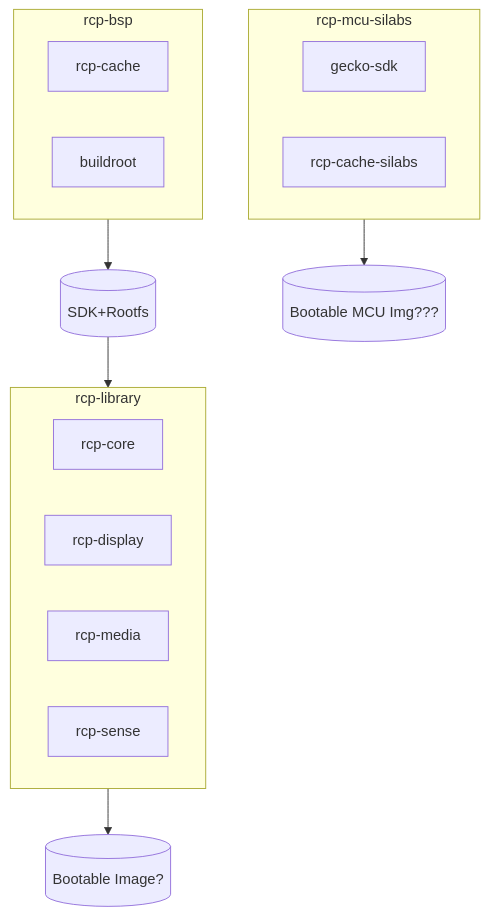
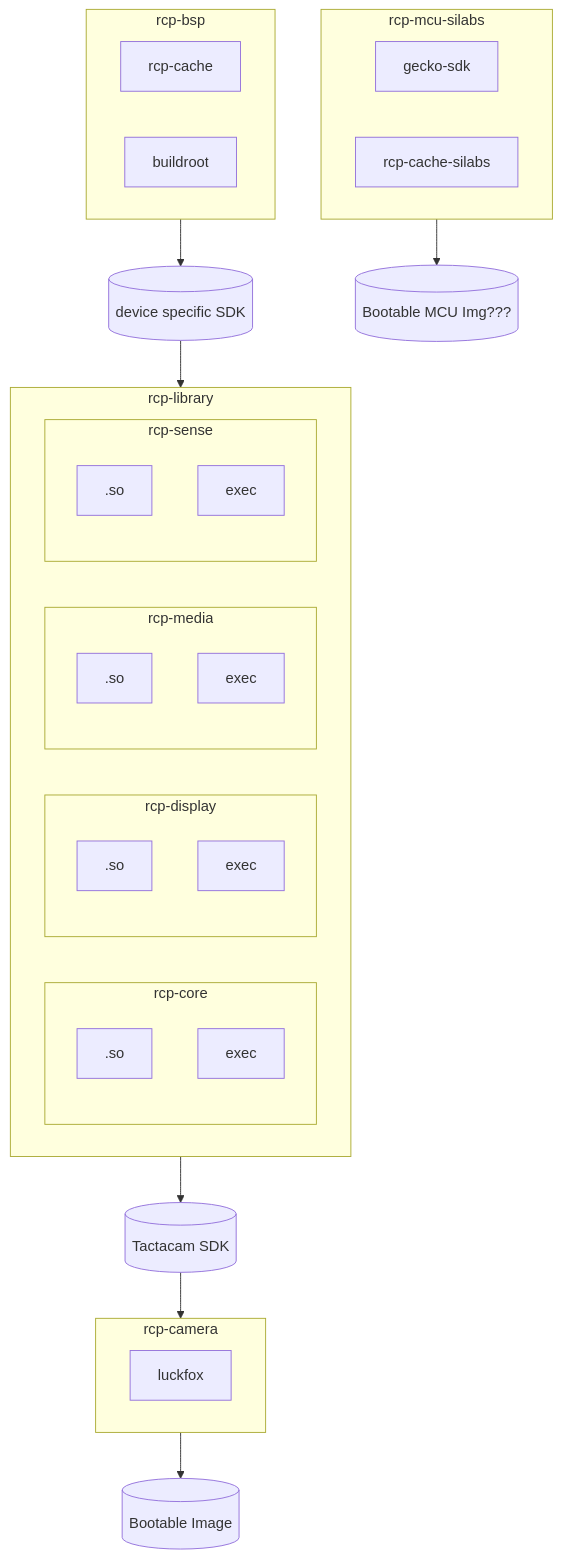
Before and after one commit to tactacam-ryanmoe/markdown-test: the second of 2 diagrams in README.md, drawn with Mermaid.

````diff
--- a/README.md
+++ b/README.md
@@ -39,31 +39,56 @@
 ```mermaid
 flowchart TB
+
     subgraph rcp-bsp
         rcp-cache
         buildroot
     end
 
-    SDK[(SDK+Rootfs)]
     rcp-bsp --> SDK
+    SDK[(device specific SDK)]
+    
 
+    SDK --> rcp-library
     subgraph rcp-library
-        rcp-core
-        rcp-display
-        rcp-media
-        rcp-sense
+        subgraph rcp-core
+            coreso[.so]
+            coreexe[exec]
+        end
+        subgraph rcp-display
+            displayso[.so]
+            displayexe[exec]
+        end
+        subgraph rcp-media
+            mediaso[.so]
+            mediaexe[exec]
+        end
+        subgraph rcp-sense
+            senseso[.so]
+            senseexe[exec]
+        end
     end
 
-    SDK --> rcp-library
+    rcp-library --> TACTACAMSDK
+    TACTACAMSDK[(Tactacam SDK)]
 
-    CPUIMG[(Bootable Image?)]
-    rcp-library --> CPUIMG
+    TACTACAMSDK --> rcp-camera
+    subgraph rcp-camera
+        luckfox
+    end
+
+    rcp-camera --> BOOTABLE
+    BOOTABLE[(Bootable Image)]
+
+    
+
+
 
     subgraph rcp-mcu-silabs
         gecko-sdk
         rcp-cache-silabs
     end
 
     MCUIMG[(Bootable MCU Img???)]
     rcp-mcu-silabs --> MCUIMG
     
 ```
````
